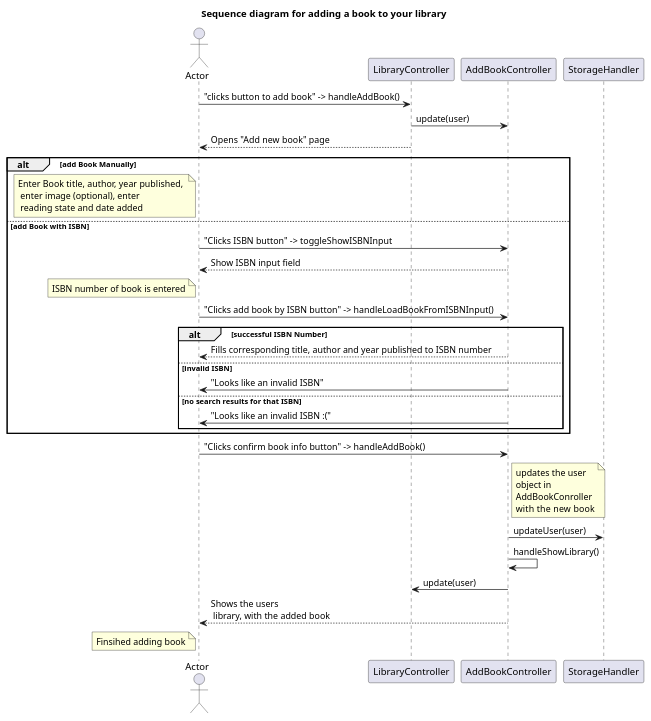
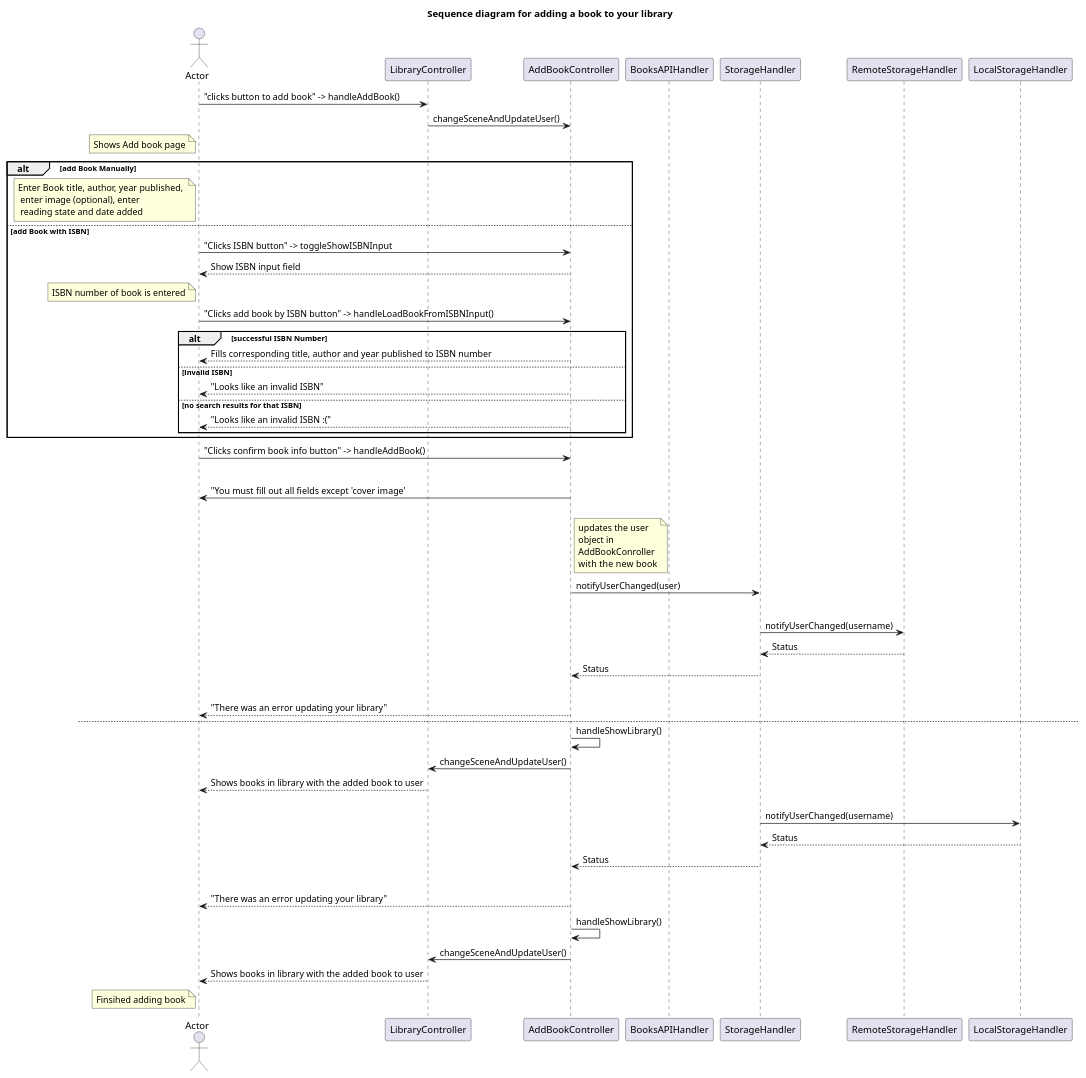
Before and after one commit to Mathiazom/bibtek: the diagram in bibtek/fxui/src/main/java/bibtek/ui/fxuiSequenceDiagramAddBook.puml, drawn with PlantUML. The commit also changed 4 other files, not shown here.

Commit message:
Update sequence diagrams

```diff
--- a/bibtek/fxui/src/main/java/bibtek/ui/fxuiSequenceDiagramAddBook.puml
+++ b/bibtek/fxui/src/main/java/bibtek/ui/fxuiSequenceDiagramAddBook.puml
@@ -1,39 +1,65 @@
 @startuml
 title Sequence diagram for adding a book to your library
 Actor Actor
 participant LibraryController
 participant AddBookController
+participant BooksAPIHandler
 participant StorageHandler
+participant RemoteStorageHandler
+participant LocalStorageHandler
+
 
 
 Actor -> LibraryController: "clicks button to add book" -> handleAddBook()
-LibraryController -> AddBookController: update(user)
-LibraryController --> Actor: Opens "Add new book" page
+LibraryController -> AddBookController: changeSceneAndUpdateUser()
+note left of Actor: Shows Add book page
+
 
 alt add Book Manually
     note left of Actor: Enter Book title, author, year published, \n enter image (optional), enter \n reading state and date added
 
 else add Book with ISBN
     Actor -> AddBookController: "Clicks ISBN button" -> toggleShowISBNInput
     AddBookController --> Actor: Show ISBN input field
     note left of Actor: ISBN number of book is entered
     Actor -> AddBookController: "Clicks add book by ISBN button" -> handleLoadBookFromISBNInput()
     alt successful ISBN Number
         Actor <-- AddBookController: Fills corresponding title, author and year published to ISBN number
-   else invalid ISBN
-        Actor <- AddBookController: "Looks like an invalid ISBN"
+    else invalid ISBN
+        Actor <-- AddBookController: "Looks like an invalid ISBN"
     else no search results for that ISBN
-        Actor <- AddBookController: "Looks like an invalid ISBN :("
-
-end
+        Actor <-- AddBookController: "Looks like an invalid ISBN :("
+    end
 end
     Actor -> AddBookController: "Clicks confirm book info button" -> handleAddBook()
+alt Is not valid input
+    AddBookController -> Actor: "You must fill out all fields except 'cover image'
+else Is valid input
     note right of AddBookController: updates the user \nobject in \nAddBookConroller \nwith  the new book
-    AddBookController -> StorageHandler: updateUser(user)
-    AddBookController -> AddBookController: handleShowLibrary()
-    LibraryController <- AddBookController: update(user)
-    AddBookController --> Actor: Shows the users\n library, with the added book
+    AddBookController -> StorageHandler: notifyUserChanged(user)
+    alt Remote is available
+        StorageHandler -> RemoteStorageHandler: notifyUserChanged(username)
+        RemoteStorageHandler --> StorageHandler: Status
+        StorageHandler --> AddBookController: Status
+        alt Status not OK 
+            AddBookController --> Actor: "There was an error updating your library"
+        else
+            AddBookController -> AddBookController: handleShowLibrary()
+            AddBookController -> LibraryController: changeSceneAndUpdateUser() 
+            LibraryController --> Actor: Shows books in library with the added book to user 
+       
+else Remote if unavailable
+        StorageHandler -> LocalStorageHandler: notifyUserChanged(username)
+        LocalStorageHandler --> StorageHandler: Status
+        StorageHandler --> AddBookController: Status
+        alt Status not OK 
+            AddBookController --> Actor: "There was an error updating your library"
+        else
+            AddBookController -> AddBookController: handleShowLibrary()
+            AddBookController -> LibraryController: changeSceneAndUpdateUser()  
+            LibraryController --> Actor: Shows books in library with the added book to user 
+
 
 note left of Actor: Finsihed adding book
 
 @enduml
```
